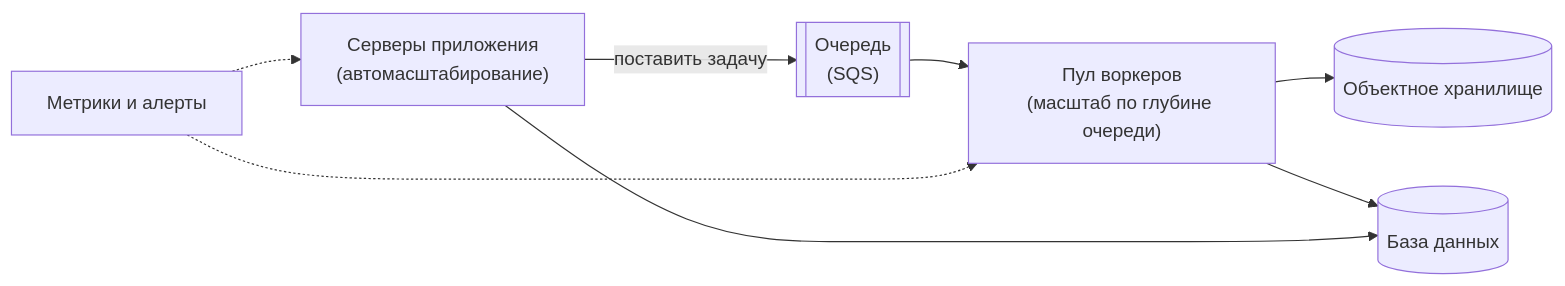
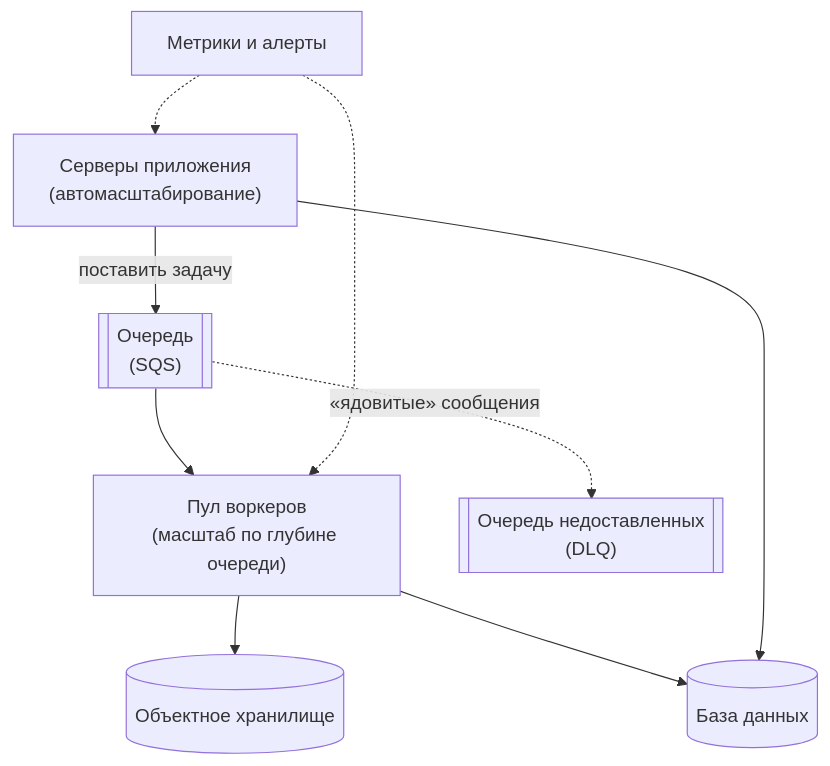
Before and after one commit to butyavk/system-design: the seventh of 9 diagrams in src/content/docs/ru/practice/scaling-to-millions.mdx, drawn with Mermaid. The commit also changed other lines of this file and 144 other files, not shown here.

````diff
--- a/src/content/docs/ru/practice/scaling-to-millions.mdx
+++ b/src/content/docs/ru/practice/scaling-to-millions.mdx
@@ -250,9 +251,10 @@
 ```mermaid
-flowchart LR
+flowchart TB
   app["Серверы приложения<br/>(автомасштабирование)"] -->|"поставить задачу"| queue[["Очередь<br/>(SQS)"]]
   queue --> workers["Пул воркеров<br/>(масштаб по глубине очереди)"]
+  queue -.->|"«ядовитые» сообщения"| dlq[["Очередь недоставленных<br/>(DLQ)"]]
   workers --> obj[("Объектное хранилище")]
   workers --> db[("База данных")]
   app --> db
   metrics["Метрики и алерты"] -.-> app & workers
 ```
````
